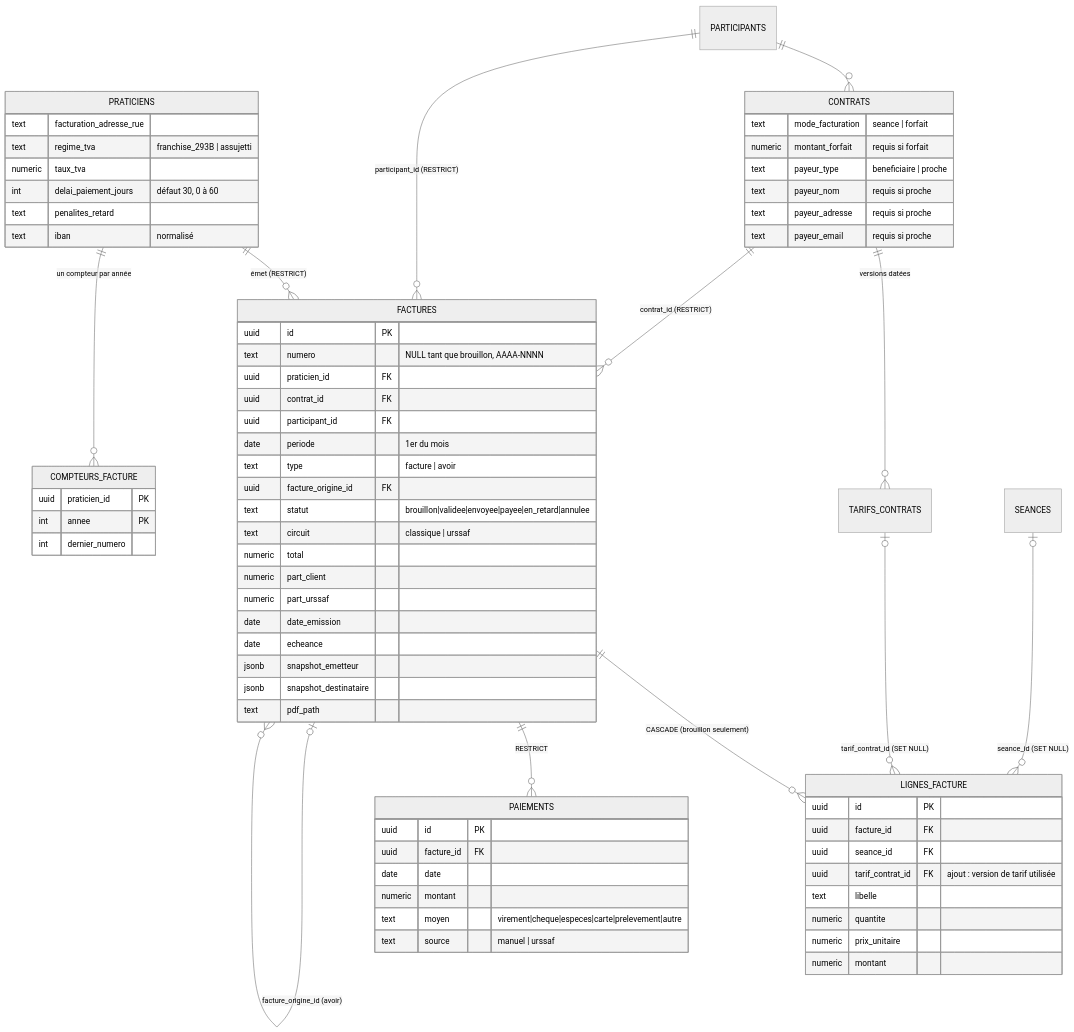
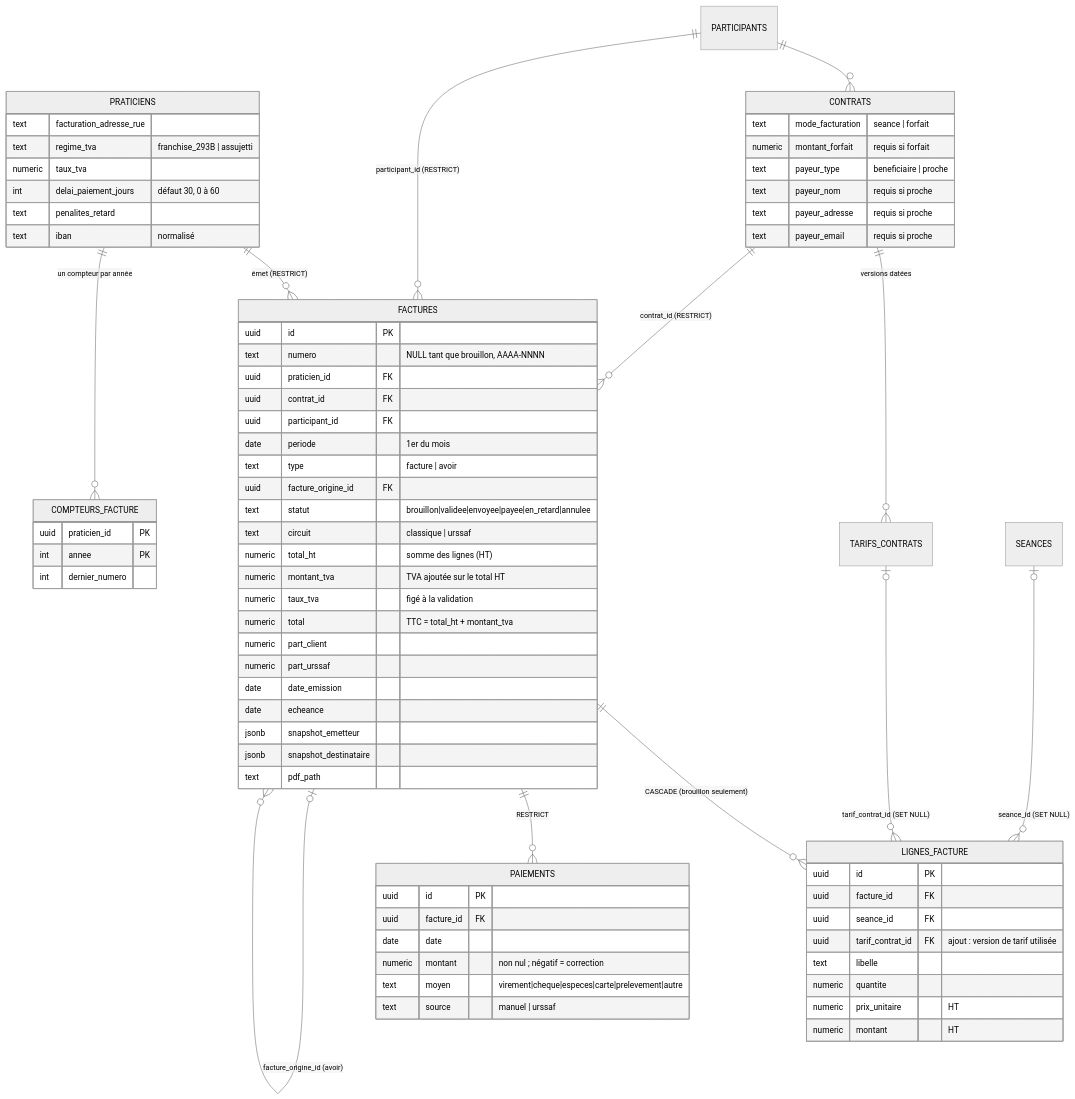
Before and after one commit to lorenzoht-sys/Horizon-app: the diagram in docs/FACTURATION.md, drawn with Mermaid (neutral theme). The commit also changed other lines of this file and 1 other file, not shown here.

First line of the commit message:
test(facturation): 16 tests des ajustements (paiements, adresse, TVA, bilans) et documentation

````diff
--- a/docs/FACTURATION.md
+++ b/docs/FACTURATION.md
@@ -16,74 +20,77 @@
 ```mermaid
 erDiagram
     PRATICIENS ||--o{ FACTURES : "émet (RESTRICT)"
     PRATICIENS ||--o{ COMPTEURS_FACTURE : "un compteur par année"
     PARTICIPANTS ||--o{ CONTRATS : ""
     CONTRATS ||--o{ TARIFS_CONTRATS : "versions datées"
     CONTRATS ||--o{ FACTURES : "contrat_id (RESTRICT)"
     PARTICIPANTS ||--o{ FACTURES : "participant_id (RESTRICT)"
     FACTURES ||--o{ LIGNES_FACTURE : "CASCADE (brouillon seulement)"
     FACTURES ||--o{ PAIEMENTS : "RESTRICT"
     FACTURES |o--o{ FACTURES : "facture_origine_id (avoir)"
     SEANCES |o--o{ LIGNES_FACTURE : "seance_id (SET NULL)"
     TARIFS_CONTRATS |o--o{ LIGNES_FACTURE : "tarif_contrat_id (SET NULL)"
 
     PRATICIENS {
         text facturation_adresse_rue
         text regime_tva "franchise_293B | assujetti"
         numeric taux_tva
         int delai_paiement_jours "défaut 30, 0 à 60"
         text penalites_retard
         text iban "normalisé"
     }
     CONTRATS {
         text mode_facturation "seance | forfait"
         numeric montant_forfait "requis si forfait"
         text payeur_type "beneficiaire | proche"
         text payeur_nom "requis si proche"
         text payeur_adresse "requis si proche"
         text payeur_email "requis si proche"
     }
     FACTURES {
         uuid id PK
         text numero "NULL tant que brouillon, AAAA-NNNN"
         uuid praticien_id FK
         uuid contrat_id FK
         uuid participant_id FK
         date periode "1er du mois"
         text type "facture | avoir"
         uuid facture_origine_id FK
         text statut "brouillon|validee|envoyee|payee|en_retard|annulee"
         text circuit "classique | urssaf"
-        numeric total
+        numeric total_ht "somme des lignes (HT)"
+        numeric montant_tva "TVA ajoutée sur le total HT"
+        numeric taux_tva "figé à la validation"
+        numeric total "TTC = total_ht + montant_tva"
         numeric part_client
         numeric part_urssaf
         date date_emission
         date echeance
         jsonb snapshot_emetteur
         jsonb snapshot_destinataire
         text pdf_path
     }
     LIGNES_FACTURE {
         uuid id PK
         uuid facture_id FK
         uuid seance_id FK
         uuid tarif_contrat_id FK "ajout : version de tarif utilisée"
         text libelle
         numeric quantite
-        numeric prix_unitaire
-        numeric montant
+        numeric prix_unitaire "HT"
+        numeric montant "HT"
     }
     PAIEMENTS {
         uuid id PK
         uuid facture_id FK
         date date
-        numeric montant
+        numeric montant "non nul ; négatif = correction"
         text moyen "virement|cheque|especes|carte|prelevement|autre"
         text source "manuel | urssaf"
     }
     COMPTEURS_FACTURE {
         uuid praticien_id PK
         int annee PK
         int dernier_numero
     }
 ```
````
